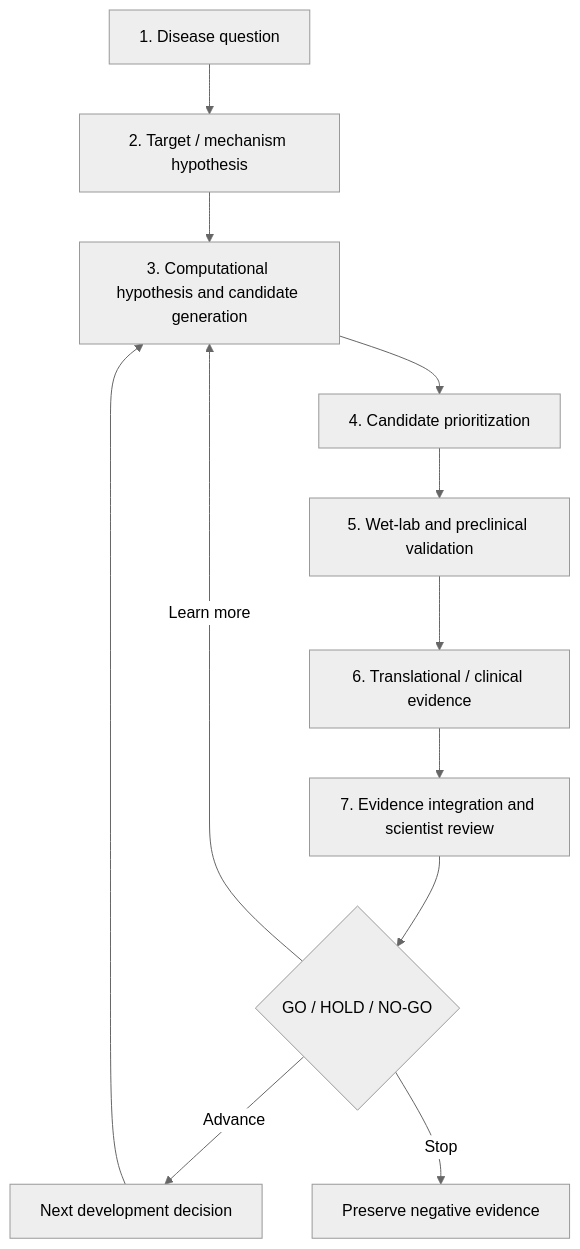
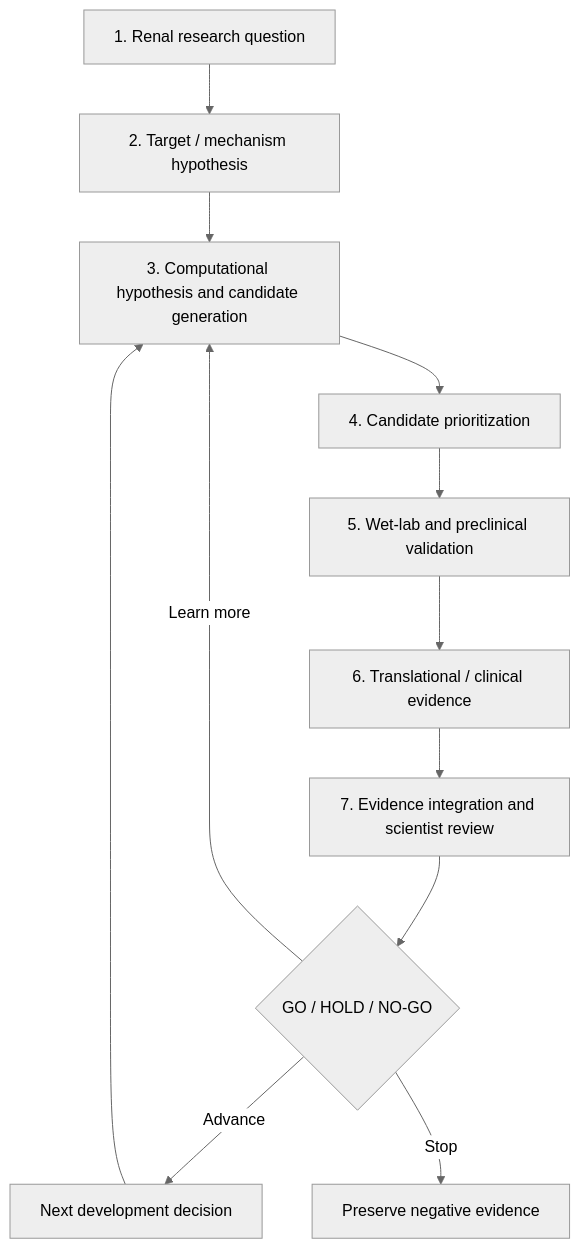
Before and after one commit to fmlin0429712024/synthetic-in-silico-research-loop: the first of 2 diagrams in docs/PIPELINE.md, drawn with Mermaid (neutral theme). The commit also changed other lines of this file and 3 other files, not shown here.

````diff
--- a/docs/PIPELINE.md
+++ b/docs/PIPELINE.md
@@ -5,14 +5,14 @@
 ```mermaid
 flowchart TD
-    A[1. Disease question] --> B[2. Target / mechanism hypothesis]
+    A[1. Renal research question] --> B[2. Target / mechanism hypothesis]
     B --> C[3. Computational hypothesis and candidate generation]
     C --> D[4. Candidate prioritization]
     D --> E[5. Wet-lab and preclinical validation]
     E --> F[6. Translational / clinical evidence]
     F --> G[7. Evidence integration and scientist review]
     G --> H{GO / HOLD / NO-GO}
     H -->|Advance| I[Next development decision]
     H -->|Learn more| C
     H -->|Stop| J[Preserve negative evidence]
     I --> C
 ```
````
